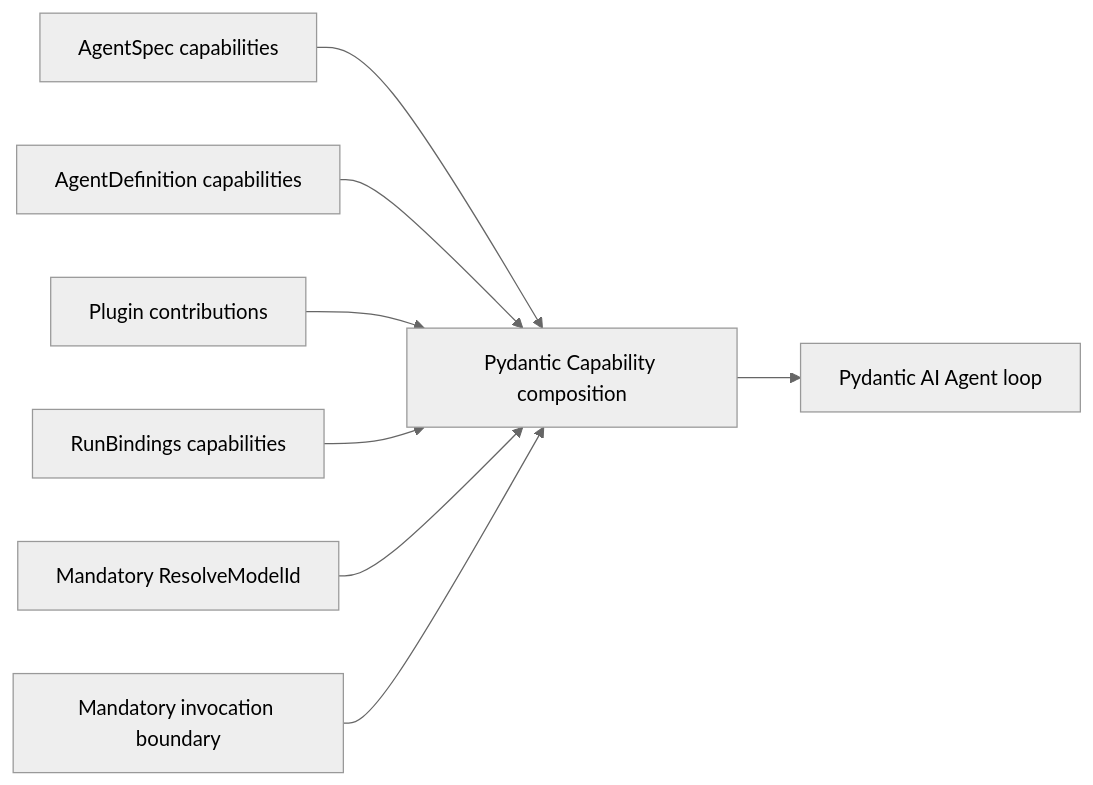
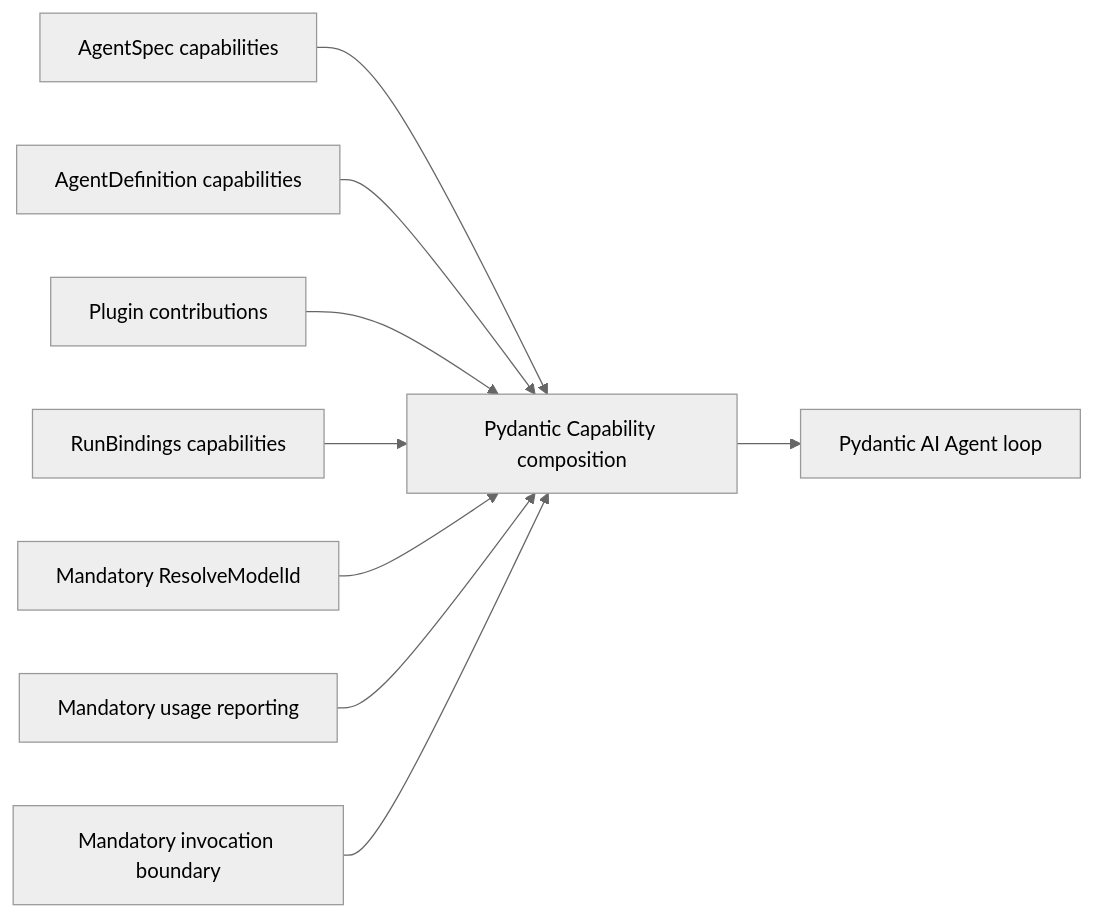
One commit to LTThreeComma/agent-foundation changed the diagram in spec/agent-harness/17-core-capability-catalog.md. Above: the diagram before and after it, drawn with Mermaid (neutral theme). The commit also changed other lines of this file and 150 other files, not shown here.

````diff
--- a/spec/agent-harness/17-core-capability-catalog.md
+++ b/spec/agent-harness/17-core-capability-catalog.md
@@ -48,10 +54,11 @@
 ```mermaid
 flowchart LR
     Spec[AgentSpec capabilities] --> PAI[Pydantic Capability composition]
     Build[AgentDefinition capabilities] --> PAI
     Plugin[Plugin contributions] --> PAI
     Run[RunBindings capabilities] --> PAI
     Resolver[Mandatory ResolveModelId] --> PAI
+    Usage[Mandatory usage reporting] --> PAI
     Boundary[Mandatory invocation boundary] --> PAI
     PAI --> Agent[Pydantic AI Agent loop]
 ```
````
